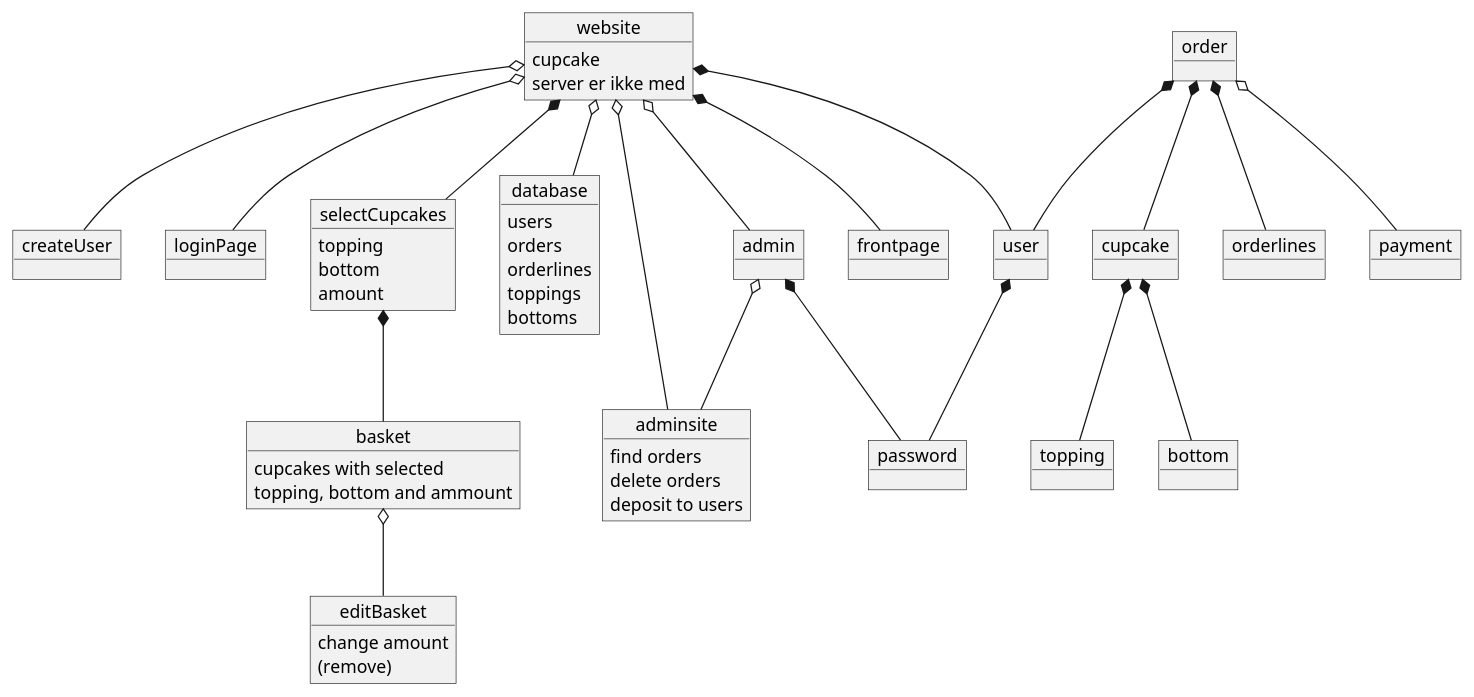
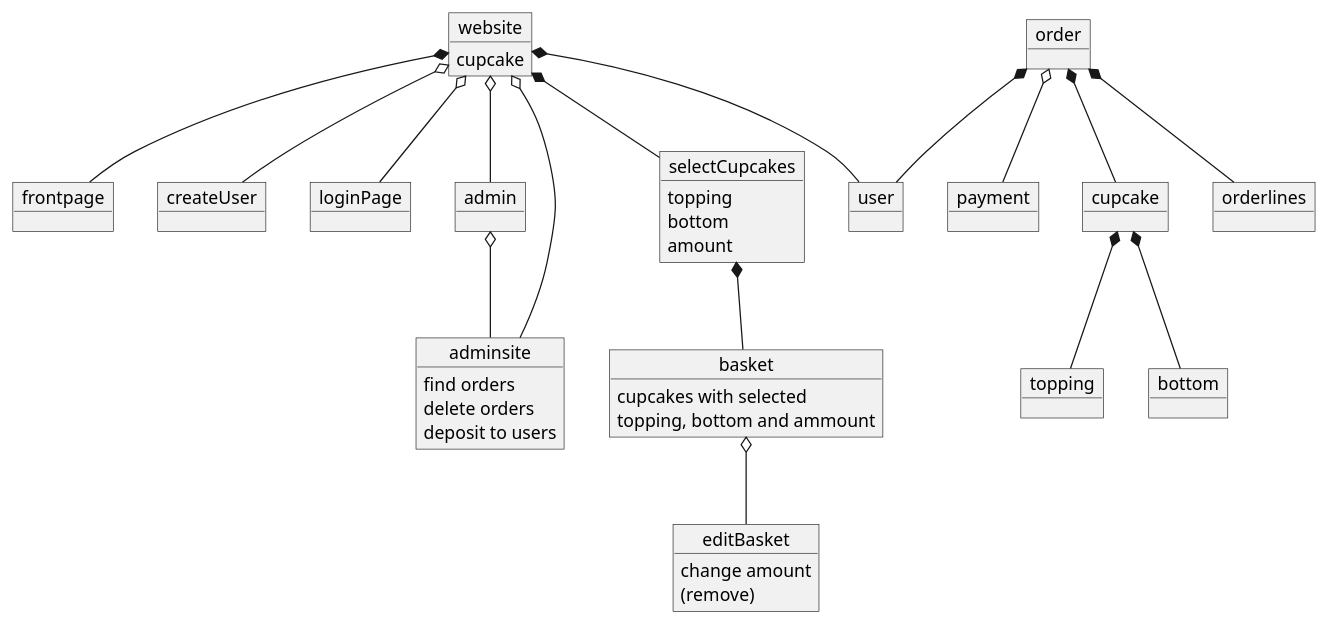
Before and after one commit to KnogleMau/CupcakeDat2025: the diagram in src/main/resources/diagrams/domainemodel.puml, drawn with PlantUML. The commit also changed 1 other file, not shown here.

```diff
--- a/src/main/resources/diagrams/domainemodel.puml
+++ b/src/main/resources/diagrams/domainemodel.puml
@@ -1,65 +1,55 @@
 @startuml
 
 object website{
 cupcake
-server er ikke med
 }
-object database {
-users
-orders
-orderlines
-toppings
-bottoms
-}
+
 object frontpage
 object createUser
 object loginPage
 object user
 object admin
 object selectCupcakes{
 topping
 bottom
 amount
 }
 object basket{
 cupcakes with selected
  topping, bottom and ammount
 }
 object editBasket{
 change amount
 (remove)
 }
 object order
 object payment
 object cupcake
 object topping
 object bottom
 object orderlines
-object password
 object adminsite {
 find orders
 delete orders
 deposit to users
 }
 
-website o-- database
+
 website *-- frontpage
 website o-- loginPage
 website o-- createUser
 website *-- user
 website o-- admin
 website *-- selectCupcakes
 selectCupcakes *-- basket
 
 basket o-- editBasket
 order *-- user
 order *-- cupcake
 order o-- payment
 cupcake *-- topping
 cupcake *-- bottom
 order *-- orderlines
-user *-- password
-admin *-- password
 admin o-- adminsite
 website o-- adminsite
 @enduml
```
